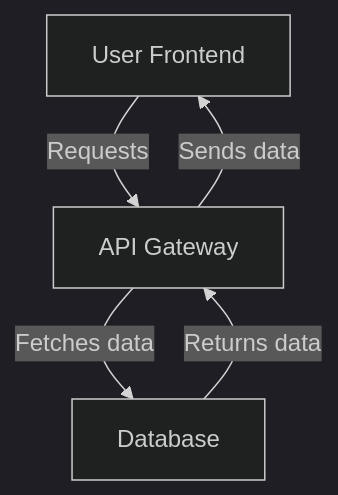
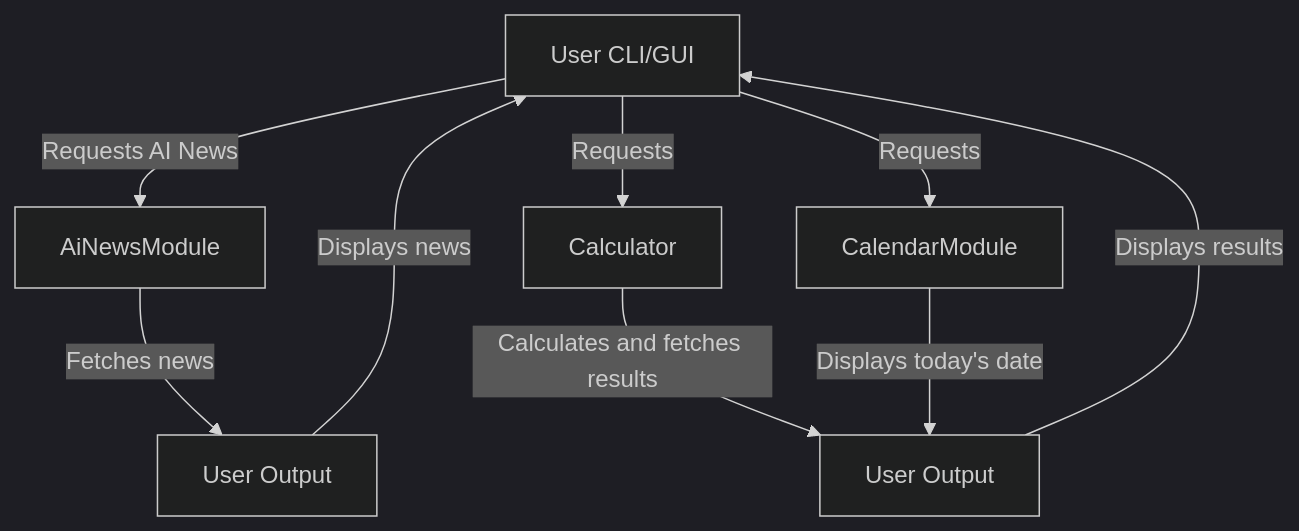
The first of 3 diagrams in docs/diagrams-preview.md (thoaihcmc/docs-pipeline-e2e-test), drawn with Mermaid (dark theme) before and after one commit. The commit also changed other lines of this file and 9 other files, not shown here.

````diff
--- a/docs/diagrams-preview.md
+++ b/docs/diagrams-preview.md
@@ -7,7 +9,11 @@
 ```mermaid
-  graph TD;
-    A[User Frontend] -->|Requests| B[API Gateway];
-    B -->|Fetches data| C[Database];
-    C -->|Returns data| B;
-    B -->|Sends data| A;
+graph TD;  
+    A[User CLI/GUI] -->|Requests AI News| B[AiNewsModule];  
+    B -->|Fetches news| C[User Output];  
+    C -->|Displays news| A;  
+    A -->|Requests| D[Calculator];  
+    D -->|Calculates and fetches results| E[User Output];  
+    E -->|Displays results| A;  
+    A -->|Requests| F[CalendarModule];  
+    F -->|Displays today's date| E;
 ```
````
